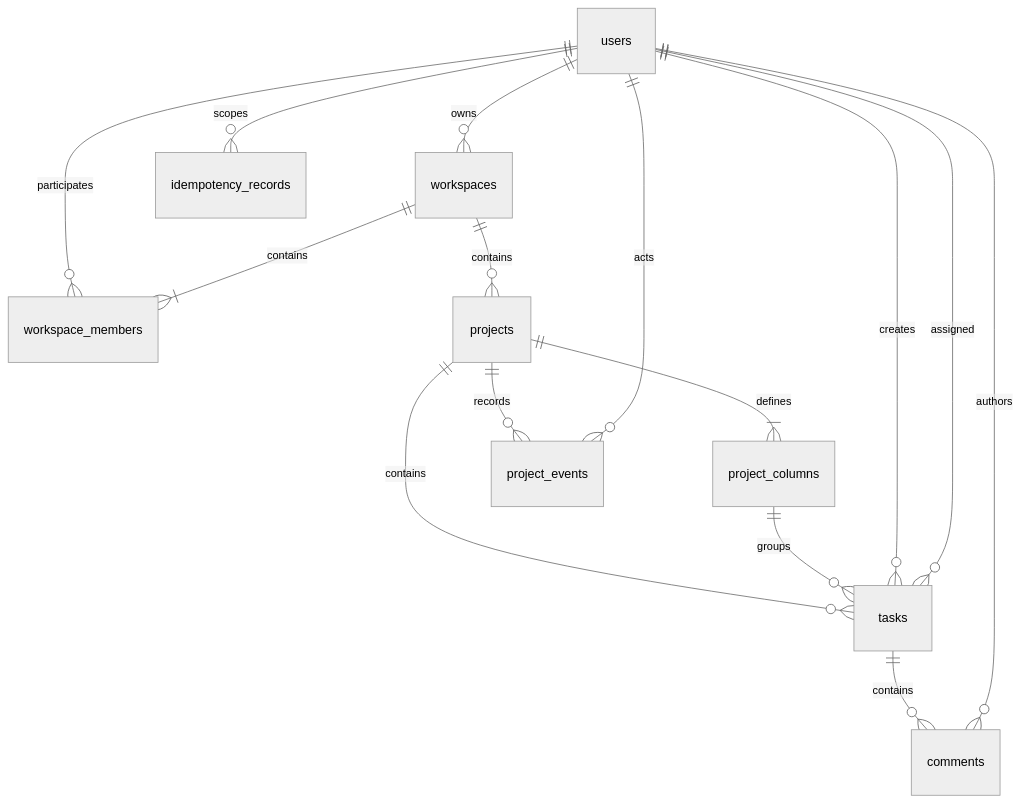
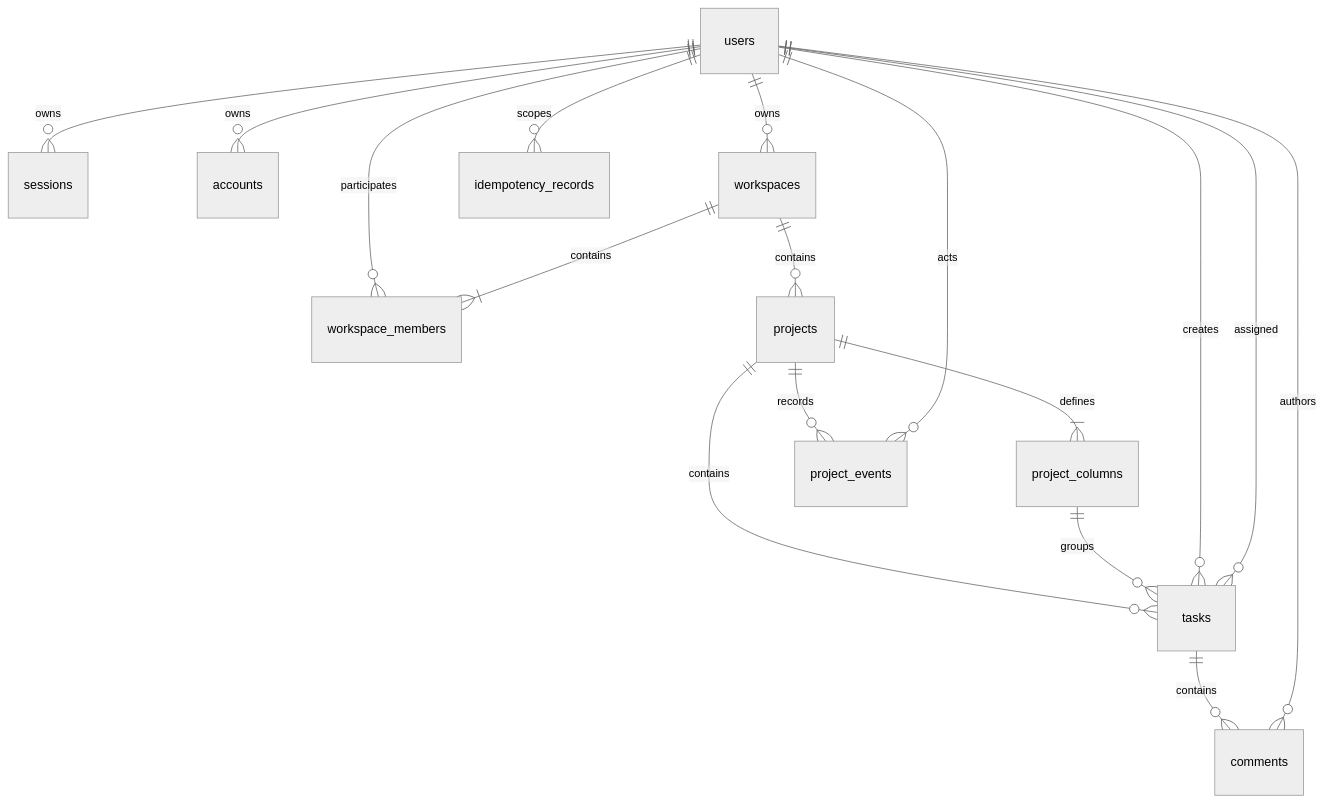
Before and after one commit to ssuryansh-in/SyncSpace: the diagram in docs/DATA.md, drawn with Mermaid (neutral theme). The commit also changed other lines of this file and 17 other files, not shown here.

Commit message:
feat(auth): add Better Auth database schema and migration

````diff
--- a/docs/DATA.md
+++ b/docs/DATA.md
@@ -11,17 +11,19 @@
 ```mermaid
 erDiagram
+    users ||--o{ sessions : owns
+    users ||--o{ accounts : owns
     users ||--o{ workspaces : owns
     users ||--o{ workspace_members : participates
     workspaces ||--|{ workspace_members : contains
     workspaces ||--o{ projects : contains
     projects ||--|{ project_columns : defines
     projects ||--o{ tasks : contains
     project_columns ||--o{ tasks : groups
     users ||--o{ tasks : creates
     users ||--o{ tasks : assigned
     tasks ||--o{ comments : contains
     users ||--o{ comments : authors
     projects ||--o{ project_events : records
     users ||--o{ project_events : acts
     users ||--o{ idempotency_records : scopes
 ```
````
